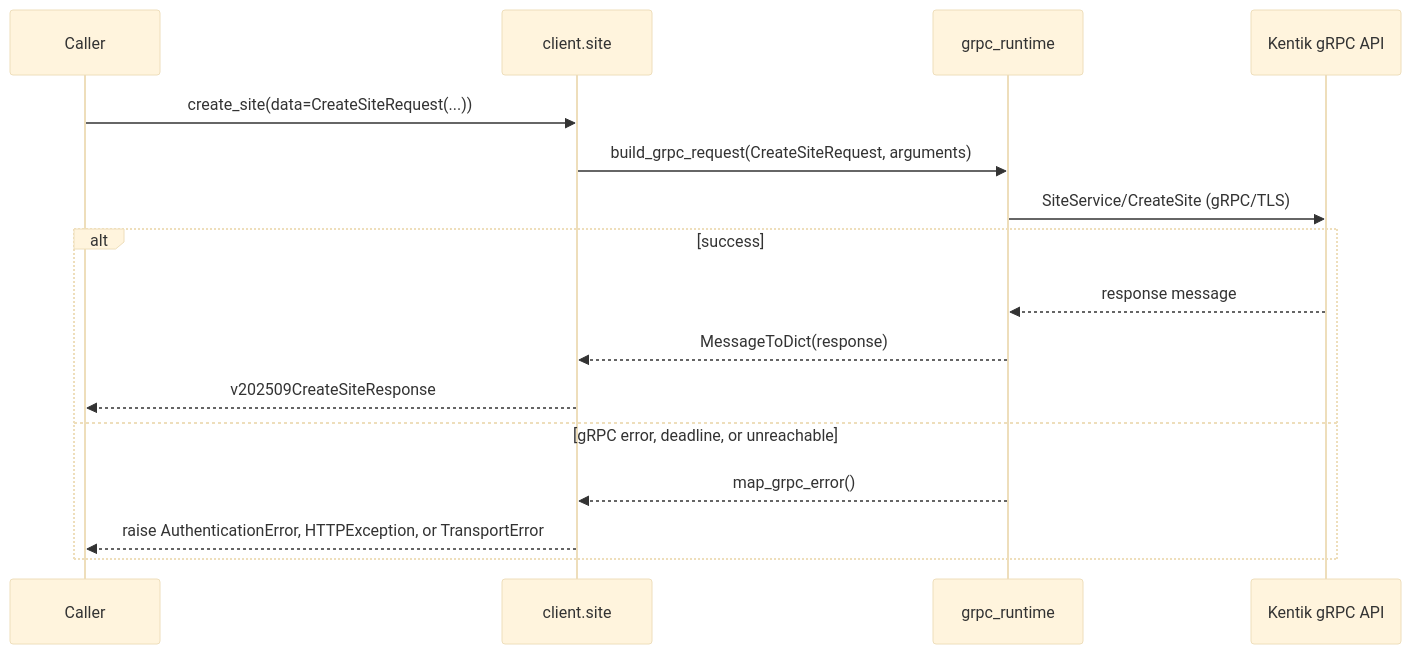
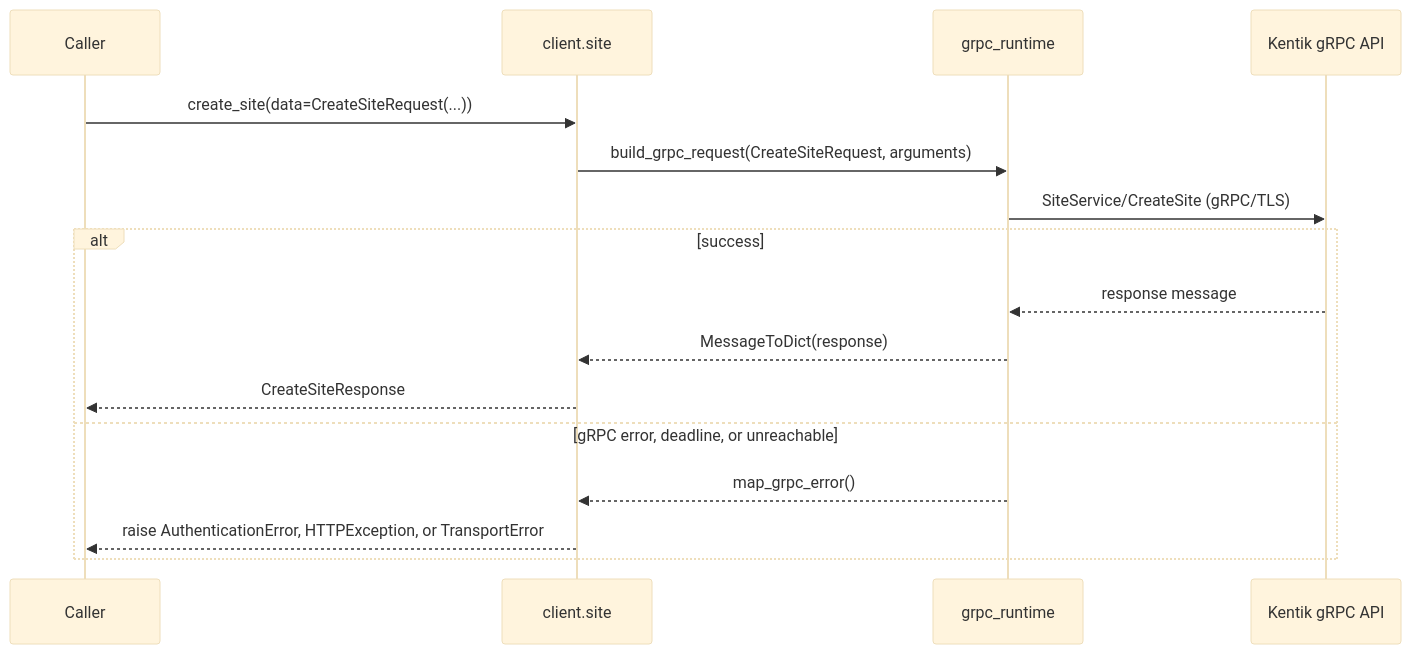
Before and after one commit to alexdearaujo/community_sdk_python: diagram 15 of 22 in docs/sphinx/services/site.md, drawn with Mermaid (base theme). The commit also changed other lines of this file and 38 other files, not shown here.

````diff
--- a/docs/sphinx/services/site.md
+++ b/docs/sphinx/services/site.md
@@ -501,19 +501,19 @@
 ```mermaid
 sequenceDiagram
     participant C as Caller
     participant W as client.site
     participant R as grpc_runtime
     participant API as Kentik gRPC API
 
     C->>W: create_site(data=CreateSiteRequest(...))
     W->>R: build_grpc_request(CreateSiteRequest, arguments)
     R->>API: SiteService/CreateSite (gRPC/TLS)
     alt success
         API-->>R: response message
         R-->>W: MessageToDict(response)
-        W-->>C: v202509CreateSiteResponse
+        W-->>C: CreateSiteResponse
     else gRPC error, deadline, or unreachable
         R-->>W: map_grpc_error()
         W-->>C: raise AuthenticationError, HTTPException, or TransportError
     end
 ```
````
